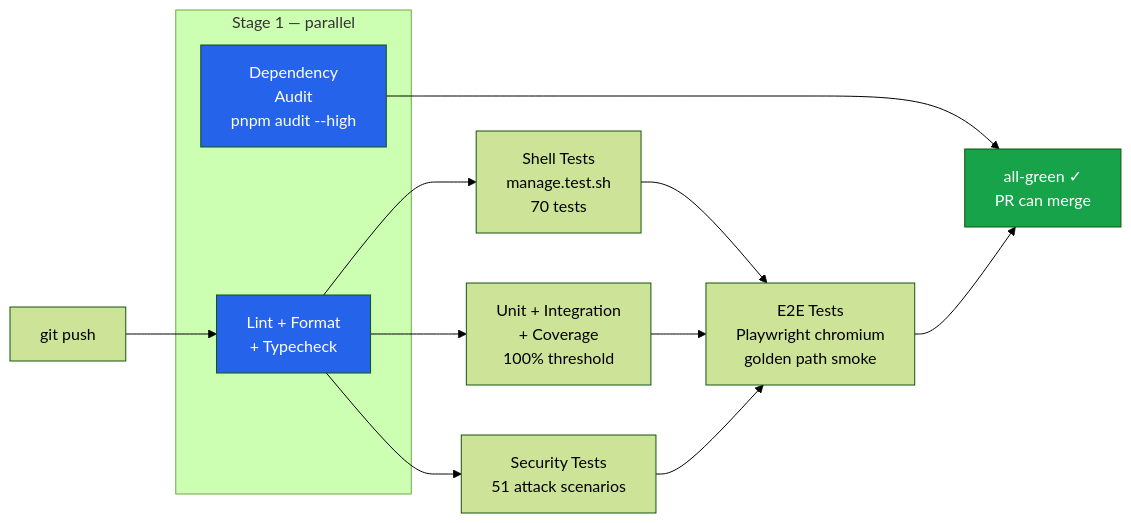
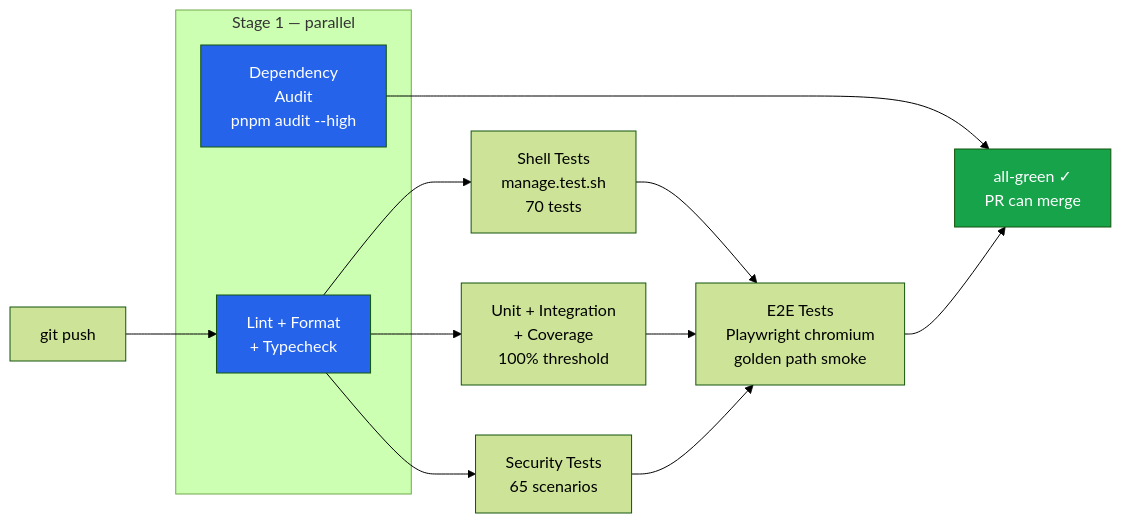
One commit to vigneshpalanivelr/audio-descriptor changed the eighth of 8 diagrams in IMPLEMENTATION.md. Above: the diagram before and after it, drawn with Mermaid (forest theme). The commit also changed other lines of this file and 2 other files, not shown here.

````diff
--- a/IMPLEMENTATION.md
+++ b/IMPLEMENTATION.md
@@ -364,22 +370,22 @@
 ```mermaid
 graph LR
     PUSH[git push] --> QUALITY
 
     subgraph Stage1["Stage 1 — parallel"]
         QUALITY[Lint + Format\n+ Typecheck]
         AUDIT[Dependency\nAudit\npnpm audit --high]
     end
 
     QUALITY --> SHELL[Shell Tests\nmanage.test.sh\n70 tests]
     QUALITY --> UNIT[Unit + Integration\n+ Coverage\n100% threshold]
-    QUALITY --> SEC[Security Tests\n51 attack scenarios]
+    QUALITY --> SEC[Security Tests\n65 scenarios]
 
     SHELL & UNIT & SEC --> E2E[E2E Tests\nPlaywright chromium\ngolden path smoke]
     AUDIT --> GREEN
 
     E2E --> GREEN[all-green ✓\nPR can merge]
 
     style GREEN fill:#16a34a,color:#fff
     style QUALITY fill:#2563eb,color:#fff
     style AUDIT fill:#2563eb,color:#fff
 ```
````
